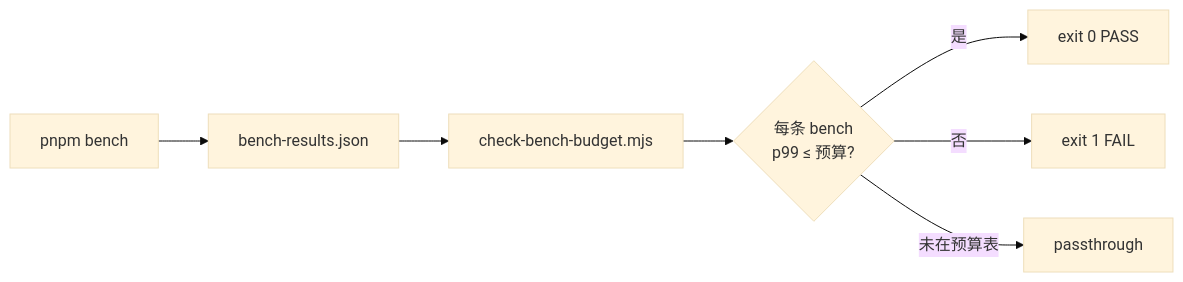
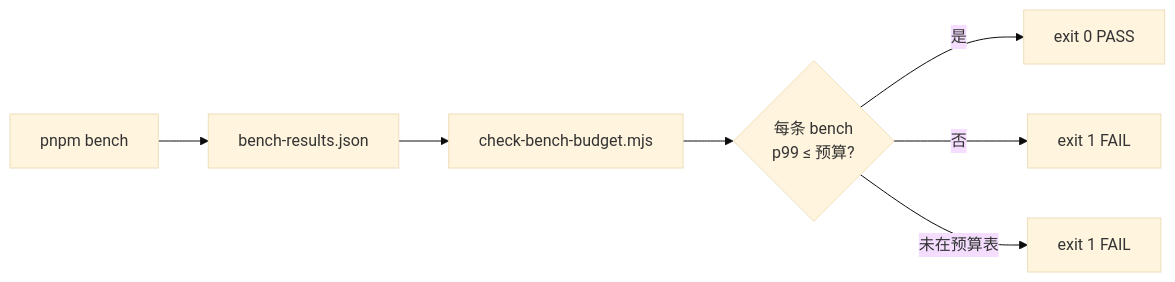
One commit to SakuraPuare/apollo-map-studio changed the diagram in docs/reference/benchmark-budgets.md. Above: the diagram before and after it, drawn with Mermaid (base theme). The commit also changed other lines of this file and 9 other files, not shown here.

````diff
--- a/docs/reference/benchmark-budgets.md
+++ b/docs/reference/benchmark-budgets.md
@@ -29,9 +29,9 @@
 ```mermaid
 flowchart LR
   A[pnpm bench] --> B[bench-results.json]
   B --> C[check-bench-budget.mjs]
   C --> D{每条 bench<br/>p99 ≤ 预算?}
   D -- 是 --> E[exit 0 PASS]
   D -- 否 --> F[exit 1 FAIL]
-  D -- 未在预算表 --> G[passthrough]
+  D -- 未在预算表 --> G[exit 1 FAIL]
 ```
````
